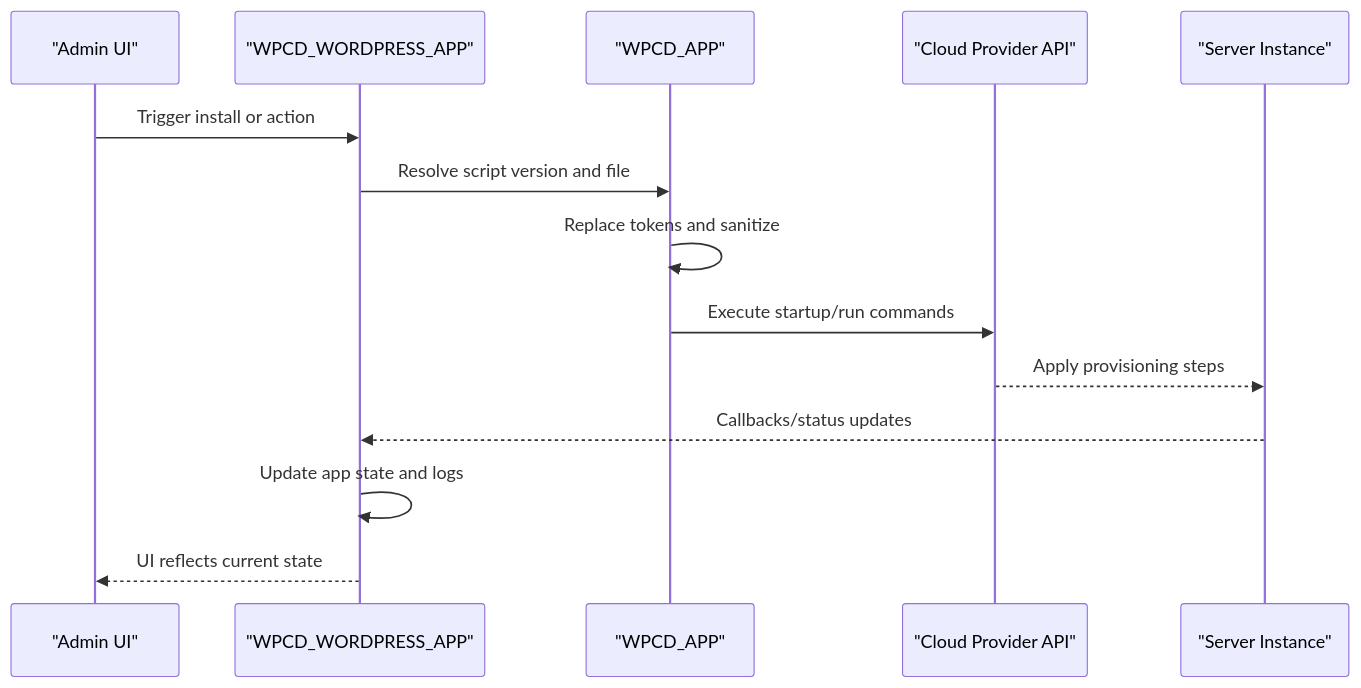
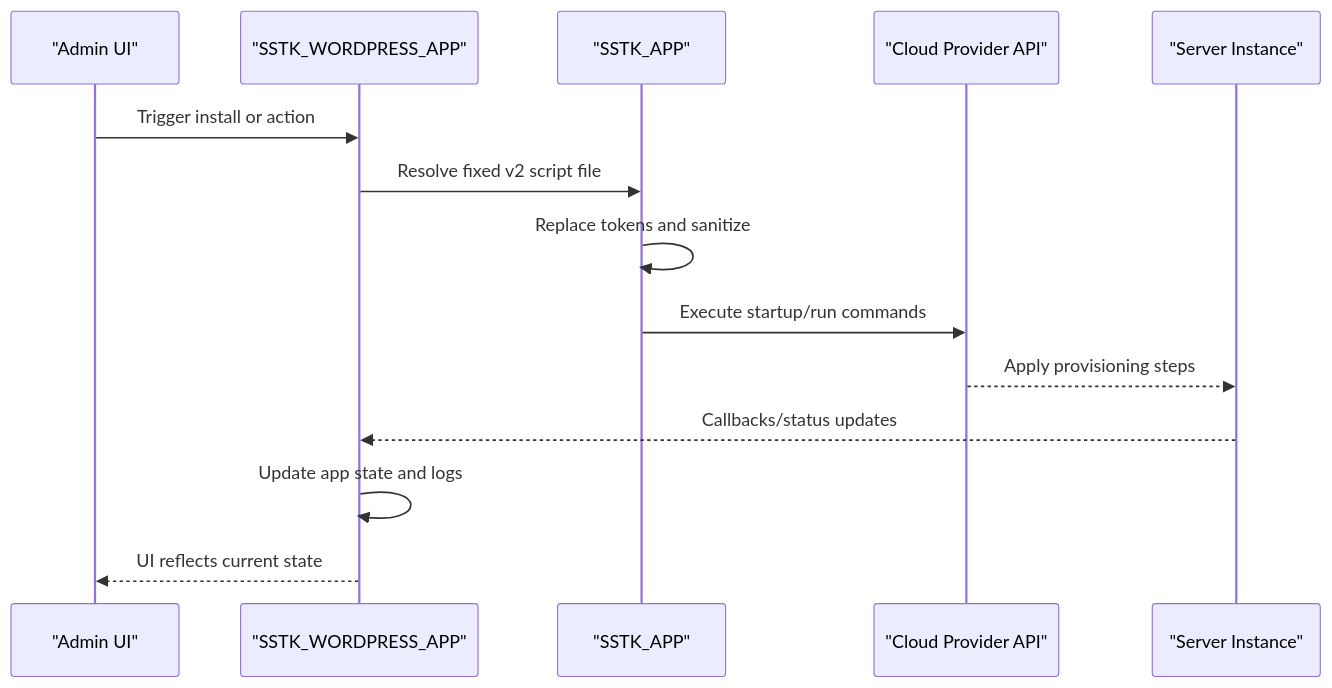
The second of 8 diagrams in .qoder/repowiki/en/content/WordPress Application Engine/WordPress Application Lifecycle Management.md (onedogsolutions/simple-stack), drawn with Mermaid before and after one commit. The commit also changed other lines of this file and 5941 other files, not shown here.

````diff
--- a/.qoder/repowiki/en/content/WordPress Application Engine/WordPress Application Lifecycle Management.md
+++ b/.qoder/repowiki/en/content/WordPress Application Engine/WordPress Application Lifecycle Management.md
@@ -111,16 +111,16 @@
 ```mermaid
 sequenceDiagram
 participant Admin as "Admin UI"
-participant WPAPP as "WPCD_WORDPRESS_APP"
-participant BASEAPP as "WPCD_APP"
+participant WPAPP as "SSTK_WORDPRESS_APP"
+participant BASEAPP as "SSTK_APP"
 participant Provider as "Cloud Provider API"
 participant Server as "Server Instance"
 Admin->>WPAPP : Trigger install or action
-WPAPP->>BASEAPP : Resolve script version and file
+WPAPP->>BASEAPP : Resolve fixed v2 script file
 BASEAPP->>BASEAPP : Replace tokens and sanitize
 BASEAPP->>Provider : Execute startup/run commands
 Provider-->>Server : Apply provisioning steps
 Server-->>WPAPP : Callbacks/status updates
 WPAPP->>WPAPP : Update app state and logs
 WPAPP-->>Admin : UI reflects current state
 ```
````
